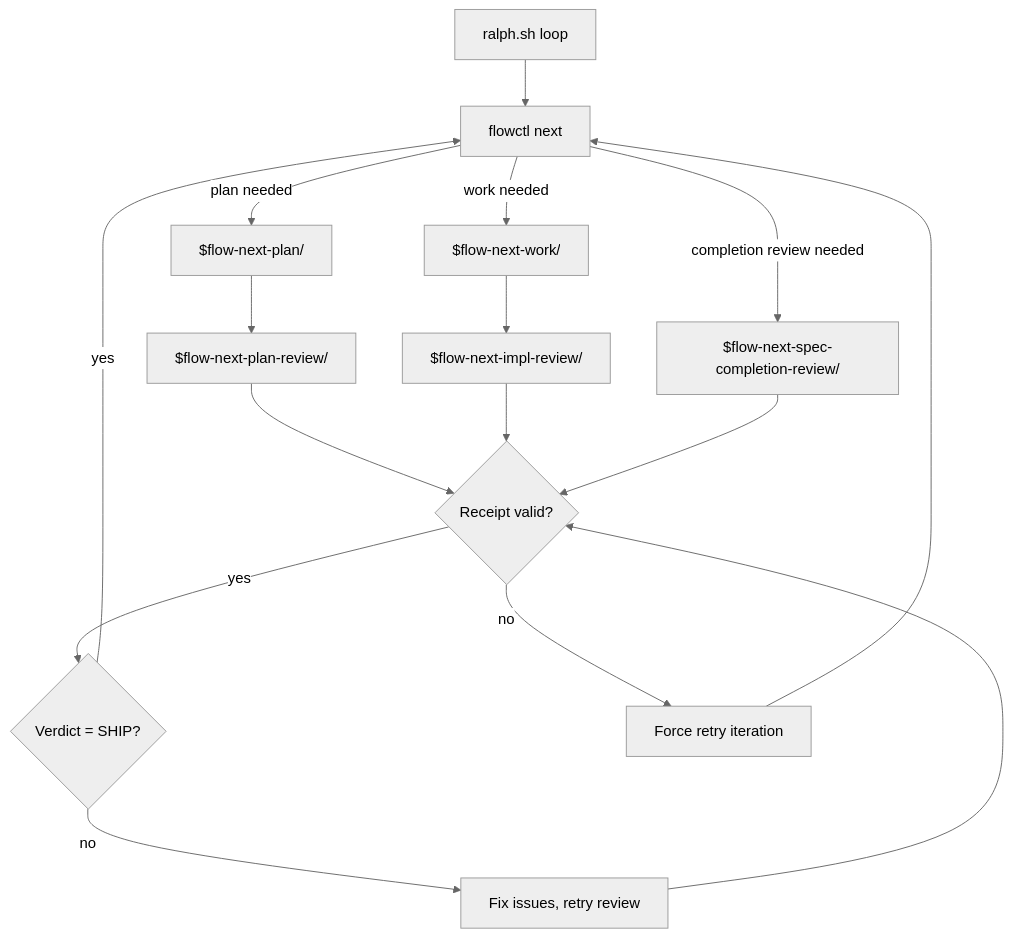
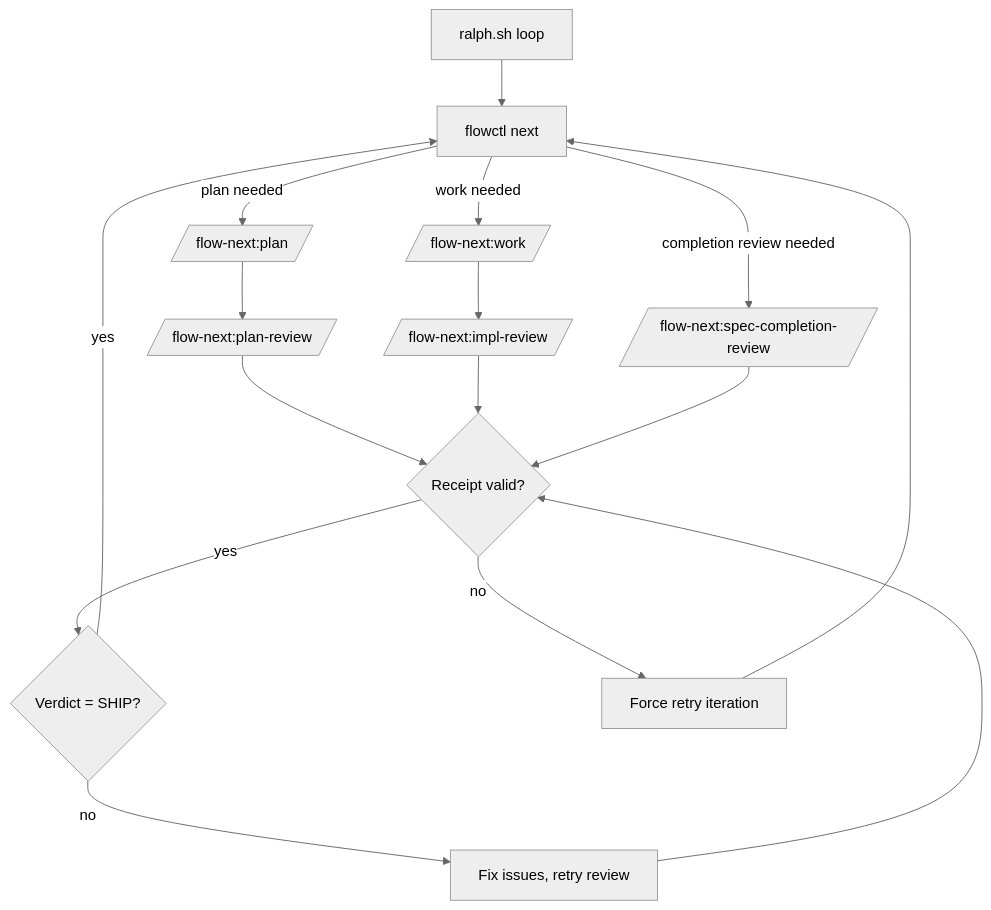
Before and after one commit to gmickel/flow-next: the diagram in plugins/flow-next/codex/docs/flow-next/ralph.md, drawn with Mermaid (neutral theme). The commit also changed other lines of this file and 29 other files, not shown here.

````diff
--- a/plugins/flow-next/codex/docs/flow-next/ralph.md
+++ b/plugins/flow-next/codex/docs/flow-next/ralph.md
@@ -153,18 +156,18 @@
 ```mermaid
 flowchart TD
   A[ralph.sh loop] --> B[flowctl next]
-  B -->|plan needed| C[$flow-next-plan/]
-  C --> D[$flow-next-plan-review/]
-  B -->|work needed| E[$flow-next-work/]
-  E --> F[$flow-next-impl-review/]
-  B -->|completion review needed| K[$flow-next-spec-completion-review/]
+  B -->|plan needed| C[/flow-next:plan/]
+  C --> D[/flow-next:plan-review/]
+  B -->|work needed| E[/flow-next:work/]
+  E --> F[/flow-next:impl-review/]
+  B -->|completion review needed| K[/flow-next:spec-completion-review/]
   D --> G{Receipt valid?}
   F --> G
   K --> G
   G -- yes --> H{Verdict = SHIP?}
   H -- yes --> B
   H -- no --> I[Fix issues, retry review]
   I --> G
   G -- no --> J[Force retry iteration]
   J --> B
 ```
````
